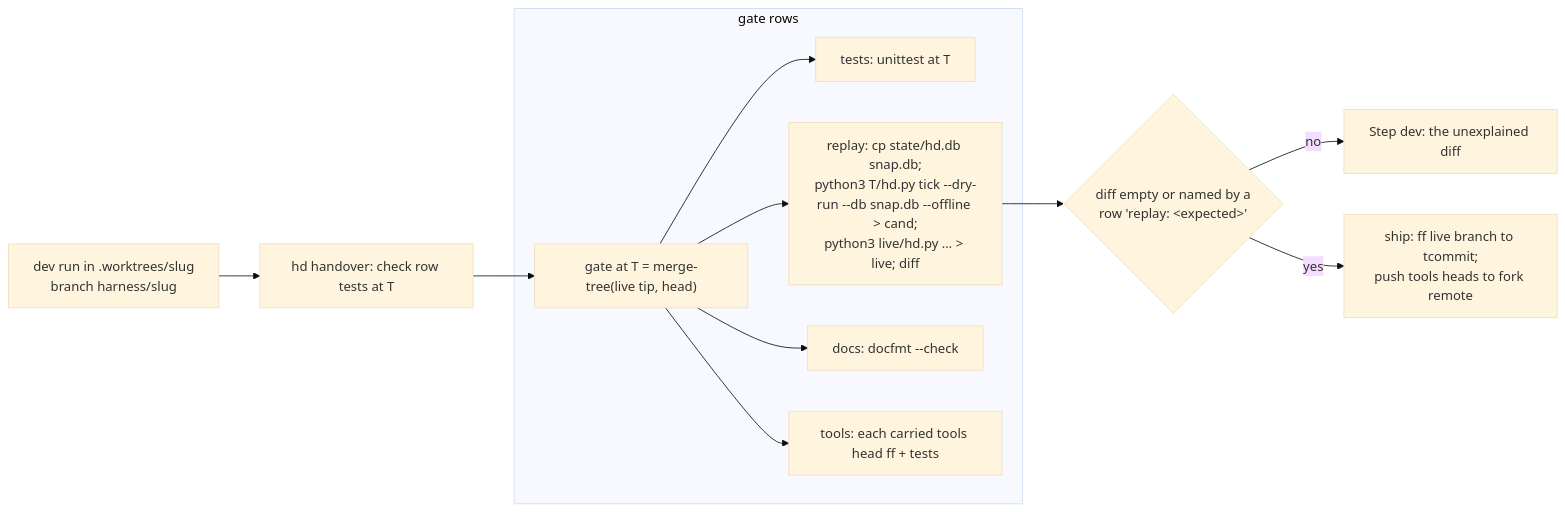
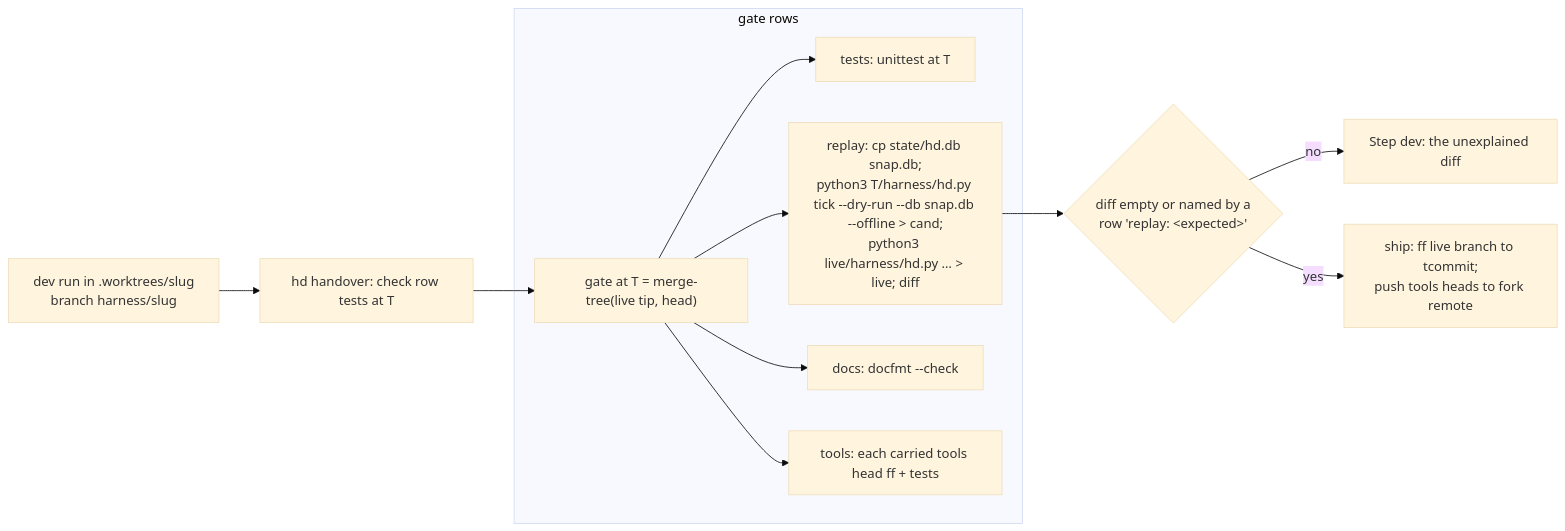
One commit to AlexPerrin/RuneHarness changed the sixth of 9 diagrams in docs/V9-PROPOSAL.md. Above: the diagram before and after it, drawn with Mermaid (base theme). The commit also changed other lines of this file and 14 other files, not shown here.

````diff
--- a/docs/V9-PROPOSAL.md
+++ b/docs/V9-PROPOSAL.md
@@ -564,14 +574,14 @@
 ```mermaid
 flowchart LR
   D["dev run in .worktrees/slug<br/>branch harness/slug"] --> H["hd handover: check row tests at T"]
   H --> G["gate at T = merge-tree(live tip, head)"]
   subgraph GR["gate rows"]
     G --> T1["tests: unittest at T"]
-    G --> T2["replay: cp state/hd.db snap.db;<br/>python3 T/hd.py tick --dry-run --db snap.db --offline > cand;<br/>python3 live/hd.py … > live; diff"]
+    G --> T2["replay: cp state/hd.db snap.db;<br/>python3 T/harness/hd.py tick --dry-run --db snap.db --offline > cand;<br/>python3 live/harness/hd.py … > live; diff"]
     G --> T3["docs: docfmt --check"]
     G --> T4["tools: each carried tools head ff + tests"]
   end
   T2 --> J{"diff empty or named by a<br/>row 'replay: &lt;expected&gt;'"}
   J -- no --> DEV["Step dev: the unexplained diff"]
   J -- yes --> S["ship: ff live branch to tcommit;<br/>push tools heads to fork remote"]
 ```
````
